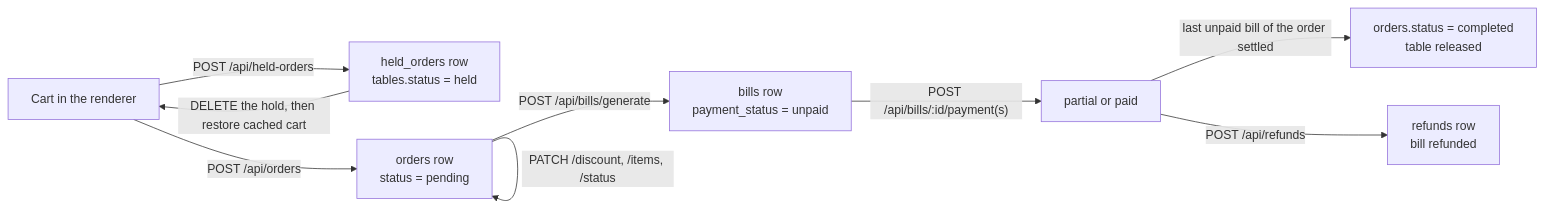
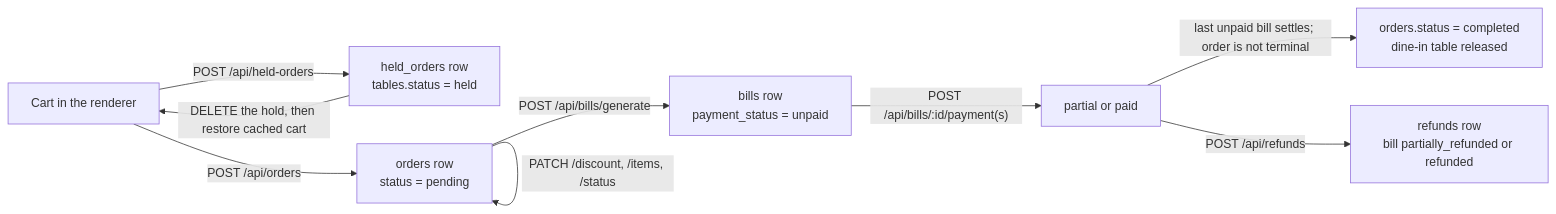
One commit to FreeOpenSourcePOS/FloCafe changed the diagram in docs/architecture/order-lifecycle.md. Above: the diagram before and after it, drawn with Mermaid. The commit also changed other lines of this file, not shown here.

Commit message:
docs(architecture): clarify non-terminal settlement and transaction boundaries

````diff
--- a/docs/architecture/order-lifecycle.md
+++ b/docs/architecture/order-lifecycle.md
@@ -9,11 +9,11 @@
 ```mermaid
 flowchart LR
   Cart["Cart in the renderer"] -->|"POST /api/held-orders"| Held["held_orders row<br/>tables.status = held"]
   Cart -->|"POST /api/orders"| Order["orders row<br/>status = pending"]
   Held -->|"DELETE the hold, then restore cached cart"| Cart
   Order -->|"PATCH /discount, /items, /status"| Order
   Order -->|"POST /api/bills/generate"| Bill["bills row<br/>payment_status = unpaid"]
   Bill -->|"POST /api/bills/:id/payment(s)"| Settled["partial or paid"]
-  Settled -->|"last unpaid bill of the order settled"| Done["orders.status = completed<br/>table released"]
-  Settled -->|"POST /api/refunds"| Refund["refunds row<br/>bill refunded"]
+  Settled -->|"last unpaid bill settles; order is not terminal"| Done["orders.status = completed<br/>dine-in table released"]
+  Settled -->|"POST /api/refunds"| Refund["refunds row<br/>bill partially_refunded or refunded"]
 ```
````
